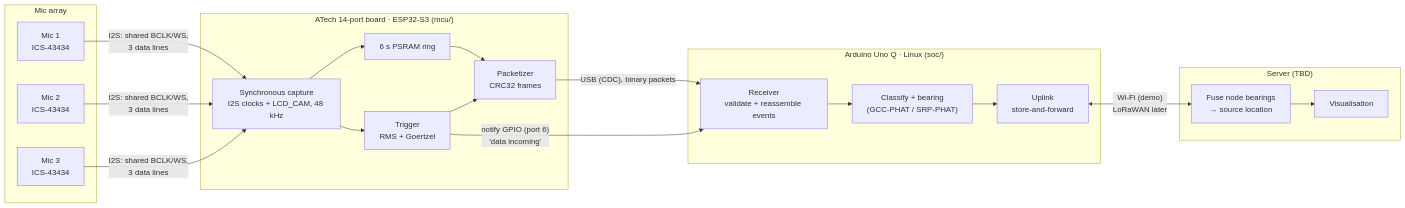
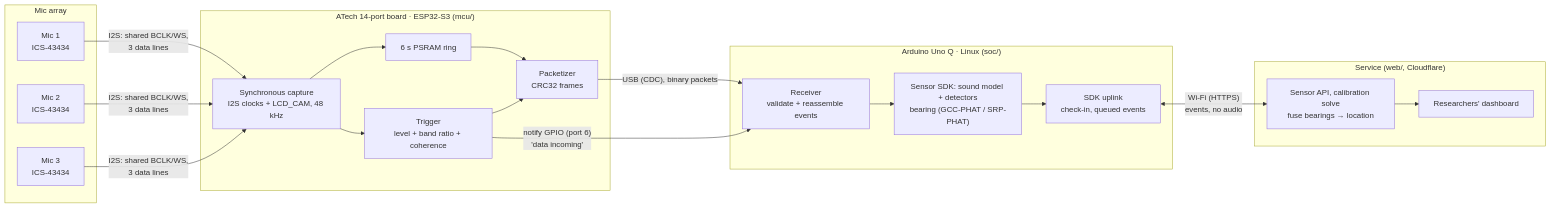
One commit to yudjinn/forest-pulse changed the diagram in README.md. Above: the diagram before and after it, drawn with Mermaid. The commit also changed other lines of this file and 14 other files, not shown here.

````diff
--- a/README.md
+++ b/README.md
@@ -10,35 +12,35 @@
 ```mermaid
 flowchart LR
     subgraph array["Mic array"]
         m1["Mic 1<br/>ICS-43434"]
         m2["Mic 2<br/>ICS-43434"]
         m3["Mic 3<br/>ICS-43434"]
     end
 
     subgraph mcu["ATech 14-port board · ESP32-S3 (mcu/)"]
         cap["Synchronous capture<br/>I2S clocks + LCD_CAM, 48 kHz"]
         ring["6 s PSRAM ring"]
-        trig["Trigger<br/>RMS + Goertzel"]
+        trig["Trigger<br/>level + band ratio + coherence"]
         pkt["Packetizer<br/>CRC32 frames"]
         cap --> ring --> pkt
         cap --> trig --> pkt
     end
 
     subgraph soc["Arduino Uno Q · Linux (soc/)"]
         rx["Receiver<br/>validate + reassemble events"]
-        proc["Classify + bearing<br/>(GCC-PHAT / SRP-PHAT)"]
-        up["Uplink<br/>store-and-forward"]
+        proc["Sensor SDK: sound model + detectors<br/>bearing (GCC-PHAT / SRP-PHAT)"]
+        up["SDK uplink<br/>check-in, queued events"]
         rx --> proc --> up
     end
 
-    subgraph server["Server (TBD)"]
-        ana["Fuse node bearings<br/>→ source location"]
-        viz["Visualisation"]
+    subgraph server["Service (web/, Cloudflare)"]
+        ana["Sensor API, calibration solve<br/>fuse bearings → location"]
+        viz["Researchers' dashboard"]
         ana --> viz
     end
 
     m1 & m2 & m3 -- "I2S: shared BCLK/WS,<br/>3 data lines" --> cap
     pkt -- "USB (CDC), binary packets" --> rx
     trig -- "notify GPIO (port 6)<br/>'data incoming'" --> rx
-    up <-- "Wi-Fi (demo)<br/>LoRaWAN later" --> ana
+    up <-- "Wi-Fi (HTTPS)<br/>events, no audio" --> ana
 ```
````
